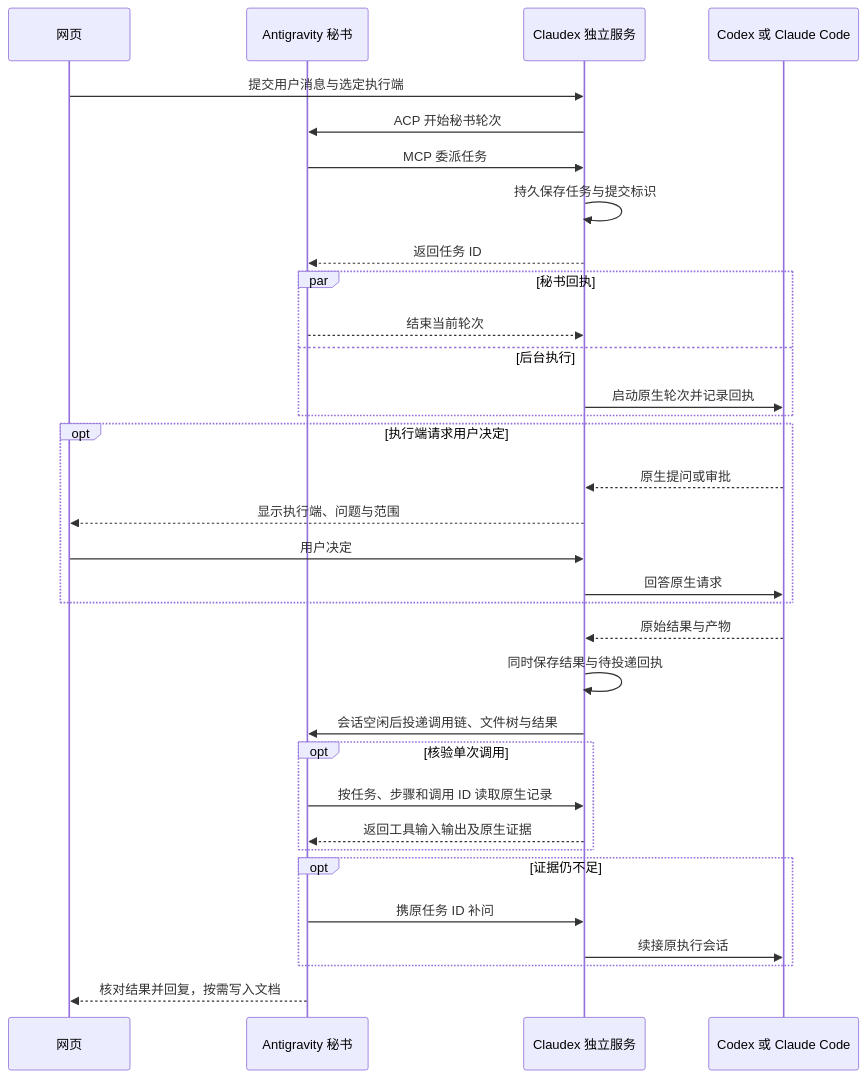
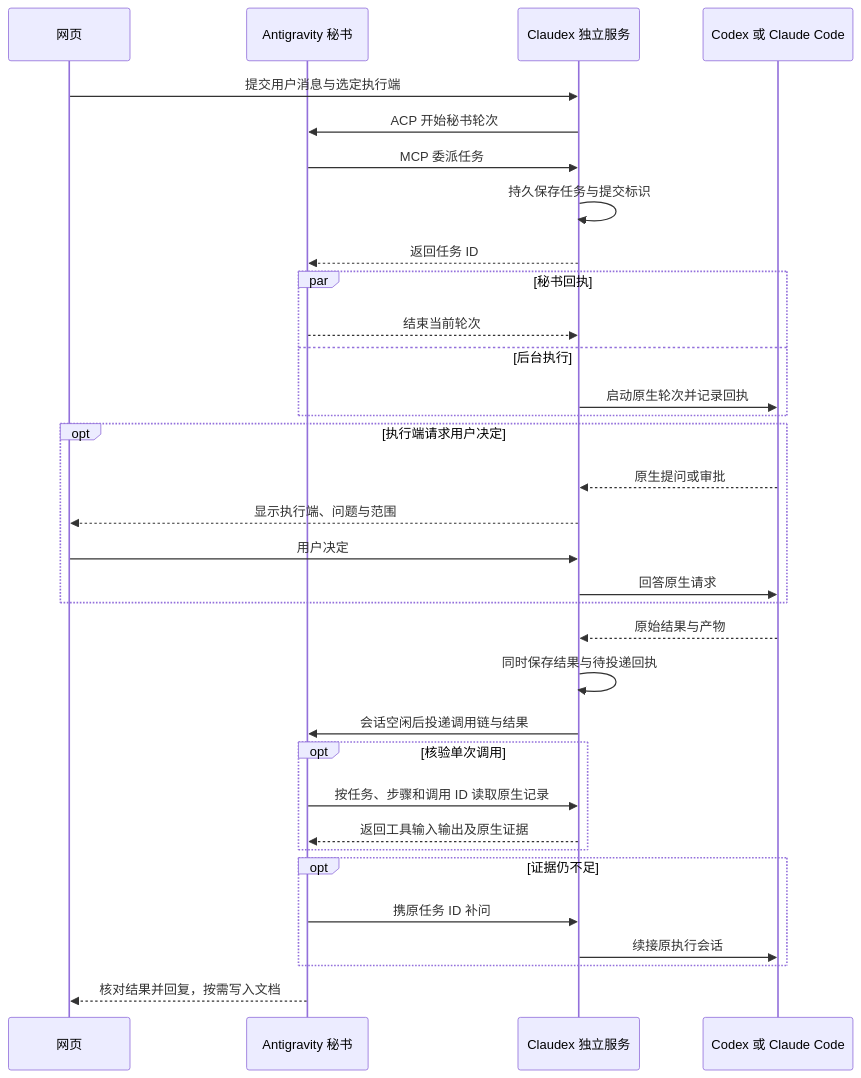
One commit to hjd-hitsz/claudex-web changed the second of 2 diagrams in docs/architecture/backends.md. Above: the diagram before and after it, drawn with Mermaid. The commit also changed other lines of this file and 62 other files, not shown here.

````diff
--- a/docs/architecture/backends.md
+++ b/docs/architecture/backends.md
@@ -93,35 +103,35 @@
 ```mermaid
 sequenceDiagram
   participant Browser as 网页
   participant Agy as Antigravity 秘书
   participant Worker as Claudex 独立服务
   participant Executor as Codex 或 Claude Code
   Browser->>Worker: 提交用户消息与选定执行端
   Worker->>Agy: ACP 开始秘书轮次
   Agy->>Worker: MCP 委派任务
   Worker->>Worker: 持久保存任务与提交标识
   Worker-->>Agy: 返回任务 ID
   par 秘书回执
     Agy-->>Worker: 结束当前轮次
   and 后台执行
     Worker->>Executor: 启动原生轮次并记录回执
   end
   opt 执行端请求用户决定
     Executor-->>Worker: 原生提问或审批
     Worker-->>Browser: 显示执行端、问题与范围
     Browser->>Worker: 用户决定
     Worker->>Executor: 回答原生请求
   end
   Executor-->>Worker: 原始结果与产物
   Worker->>Worker: 同时保存结果与待投递回执
-  Worker->>Agy: 会话空闲后投递调用链、文件树与结果
+  Worker->>Agy: 会话空闲后投递调用链与结果
   opt 核验单次调用
     Agy->>Worker: 按任务、步骤和调用 ID 读取原生记录
     Worker-->>Agy: 返回工具输入输出及原生证据
   end
   opt 证据仍不足
     Agy->>Worker: 携原任务 ID 补问
     Worker->>Executor: 续接原执行会话
   end
   Agy-->>Browser: 核对结果并回复，按需写入文档
 ```
````
